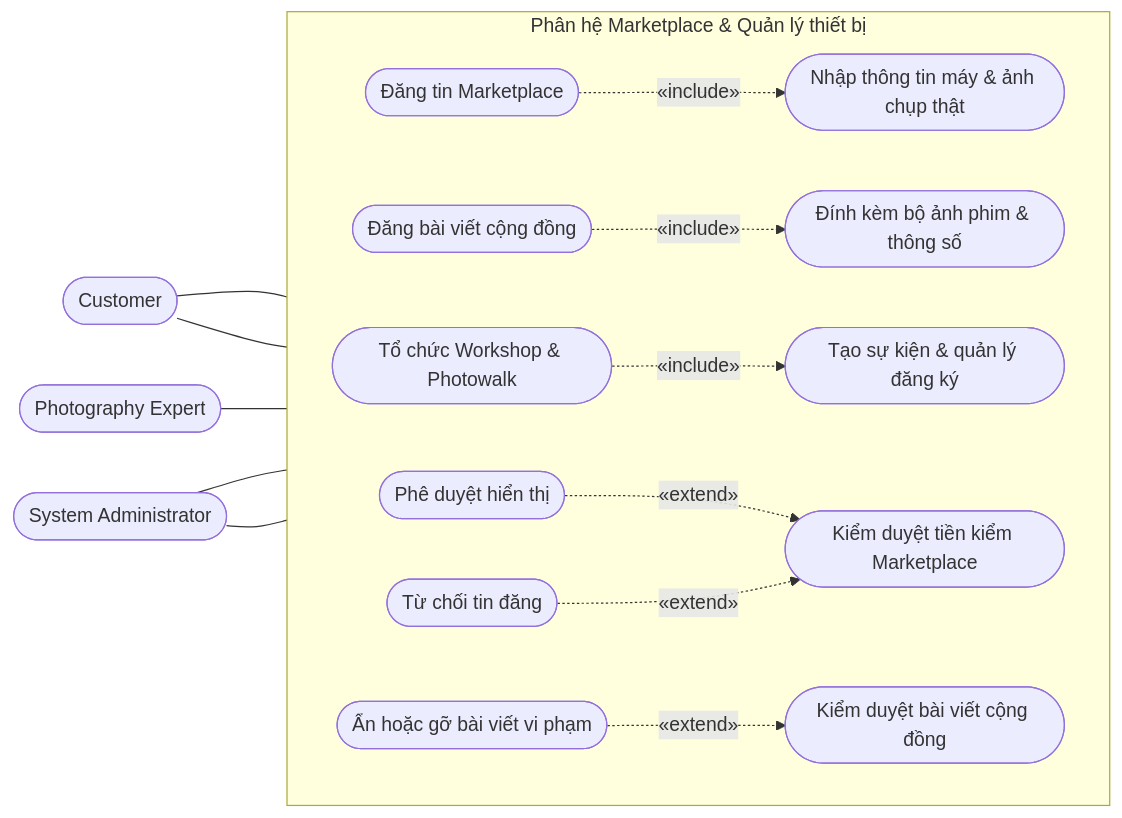
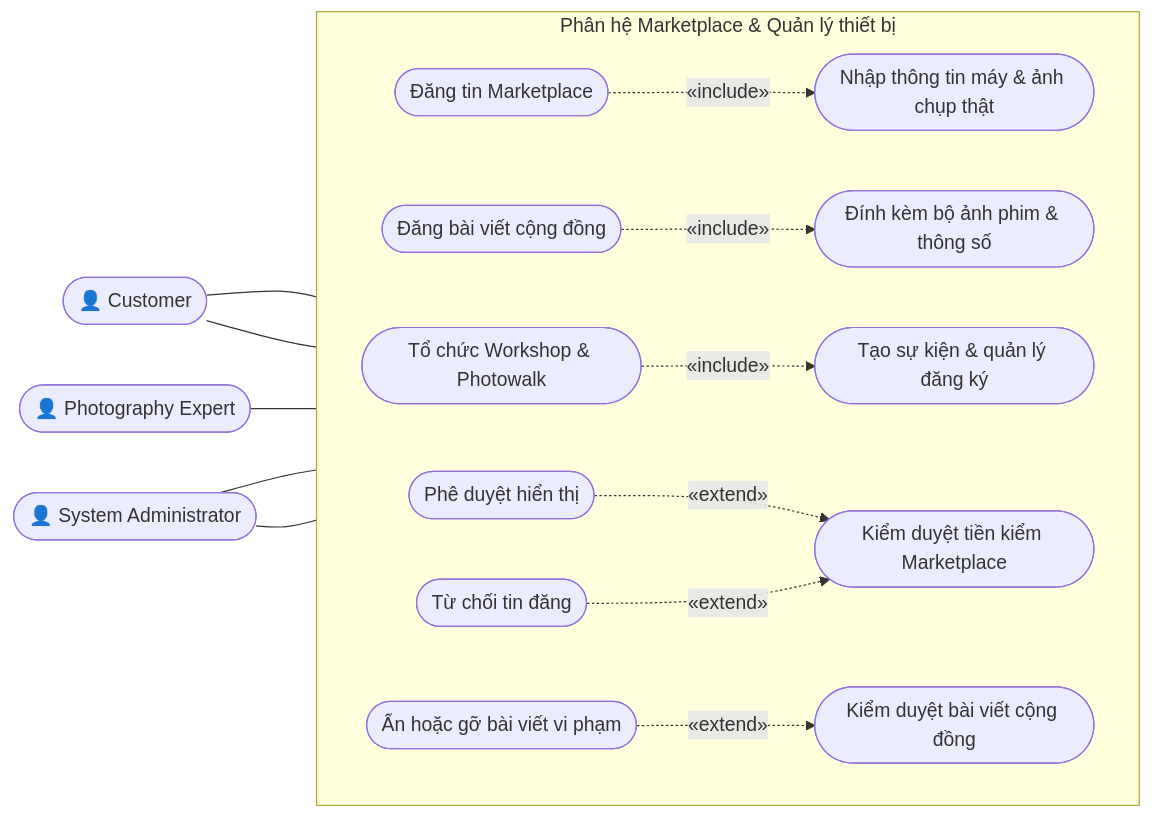
One commit to huylamnhat/Photographer-enthusiastic-environment changed the third of 6 diagrams in doc/week 2/so-do-chuc-nang-nghiep-vu.md. Above: the diagram before and after it, drawn with Mermaid. The commit also changed other lines of this file, not shown here.

````diff
--- a/doc/week 2/so-do-chuc-nang-nghiep-vu.md
+++ b/doc/week 2/so-do-chuc-nang-nghiep-vu.md
@@ -134,35 +134,35 @@
 ```mermaid
 flowchart LR
 
-    CUS([" Customer"])
-    EXP([" Photography Expert"])
-    ADM([" System Administrator"])
+    CUS(["👤 Customer"])
+    EXP(["👤 Photography Expert"])
+    ADM(["👤 System Administrator"])
 
     subgraph SYS["Phân hệ Marketplace & Quản lý thiết bị"]
         direction LR
         M1(["Đăng tin Marketplace"])
         M1a(["Nhập thông tin máy & ảnh chụp thật"])
         M2(["Đăng bài viết cộng đồng"])
         M2a(["Đính kèm bộ ảnh phim & thông số"])
         M3(["Tổ chức Workshop & Photowalk"])
         M3a(["Tạo sự kiện & quản lý đăng ký"])
 
         K1(["Kiểm duyệt tiền kiểm Marketplace"])
         K1a(["Phê duyệt hiển thị"])
         K1b(["Từ chối tin đăng"])
         K2(["Kiểm duyệt bài viết cộng đồng"])
         K2a(["Ẩn hoặc gỡ bài viết vi phạm"])
     end
 
     CUS --- M1 & M2
     EXP --- M3
     ADM --- K1 & K2
 
     M1 -.->|«include»| M1a
     M2 -.->|«include»| M2a
     M3 -.->|«include»| M3a
 
     K1a -.->|«extend»| K1
     K1b -.->|«extend»| K1
     K2a -.->|«extend»| K2
 ```
````
